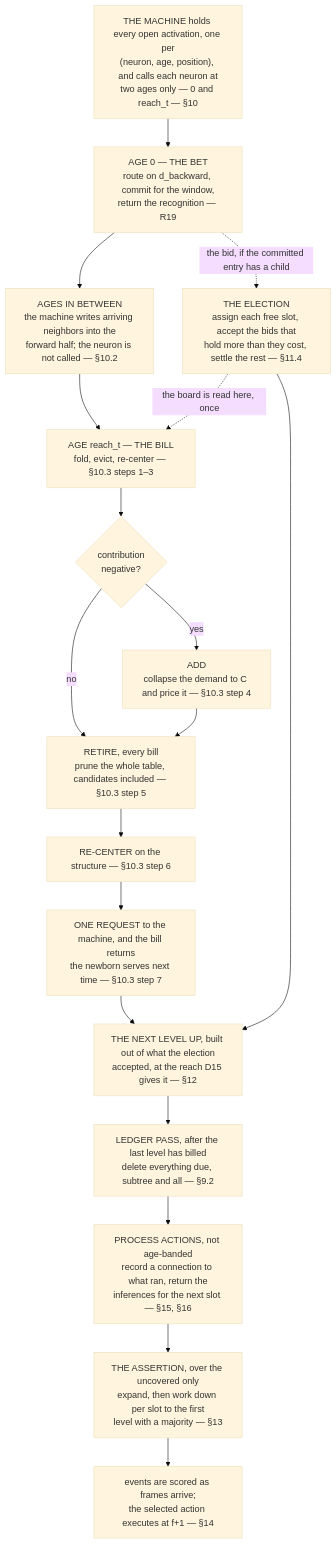
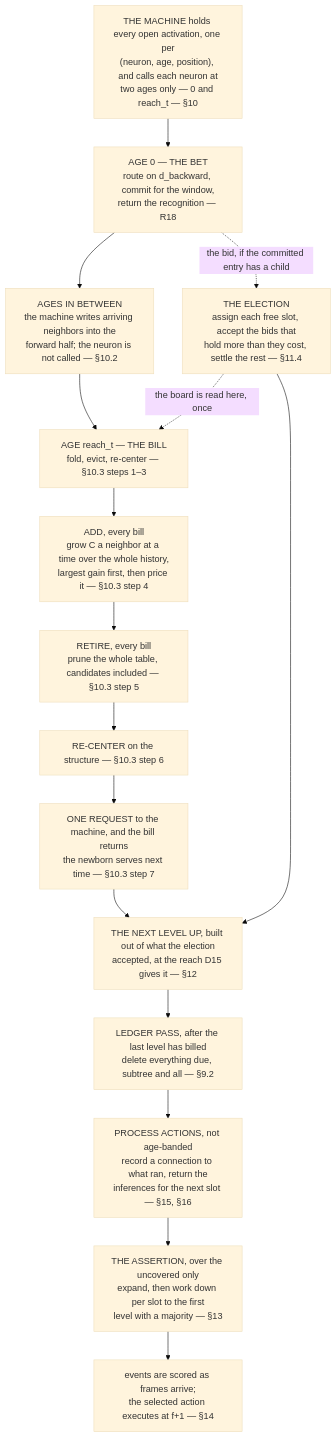
Before and after one commit to cucar/robot_brain: the diagram in docs/algorithm-remarks.md, drawn with Mermaid (base theme). The commit also changed other lines of this file and 3 other files, not shown here.

````diff
--- a/docs/algorithm-remarks.md
+++ b/docs/algorithm-remarks.md
@@ -757,21 +782,19 @@
 ```mermaid
 flowchart TD
     A["THE MACHINE holds every open activation, one per<br/>(neuron, age, position), and calls each neuron at<br/>two ages only — 0 and reach_t — §10"]
-    A --> D["AGE 0 — THE BET<br/>route on d_backward, commit for the window,<br/>return the recognition — R19"]
+    A --> D["AGE 0 — THE BET<br/>route on d_backward, commit for the window,<br/>return the recognition — R18"]
     D -.->|"the bid, if the committed entry has a child"| X["THE ELECTION<br/>assign each free slot, accept the bids that<br/>hold more than they cost, settle the rest — §11.4"]
     D --> C["AGES IN BETWEEN<br/>the machine writes arriving neighbors into the<br/>forward half; the neuron is not called — §10.2"]
     C --> B["AGE reach_t — THE BILL<br/>fold, evict, re-center — §10.3 steps 1–3"]
     X -.->|"the board is read here, once"| B
-    B --> L{"contribution<br/>negative?"}
-    L -->|yes| M["ADD<br/>collapse the demand to C and price it — §10.3 step 4"]
-    L -->|no| DEL
+    B --> M["ADD, every bill<br/>grow C a neighbor at a time over the whole history,<br/>largest gain first, then price it — §10.3 step 4"]
     M --> DEL["RETIRE, every bill<br/>prune the whole table, candidates included — §10.3 step 5"]
     DEL --> Q["RE-CENTER on the structure — §10.3 step 6"]
     Q --> P["ONE REQUEST to the machine, and the bill returns<br/>the newborn serves next time — §10.3 step 7"]
     P --> O["THE NEXT LEVEL UP, built out of what the election<br/>accepted, at the reach D15 gives it — §12"]
     X --> O
     O --> Z["LEDGER PASS, after the last level has billed<br/>delete everything due, subtree and all — §9.2"]
     Z --> W["PROCESS ACTIONS, not age-banded<br/>record a connection to what ran, return the<br/>inferences for the next slot — §15, §16"]
     W --> Y["THE ASSERTION, over the uncovered only<br/>expand, then work down per slot to the first<br/>level with a majority — §13"]
     Y --> EV["events are scored as frames arrive;<br/>the selected action executes at f+1 — §14"]
 ```
````
